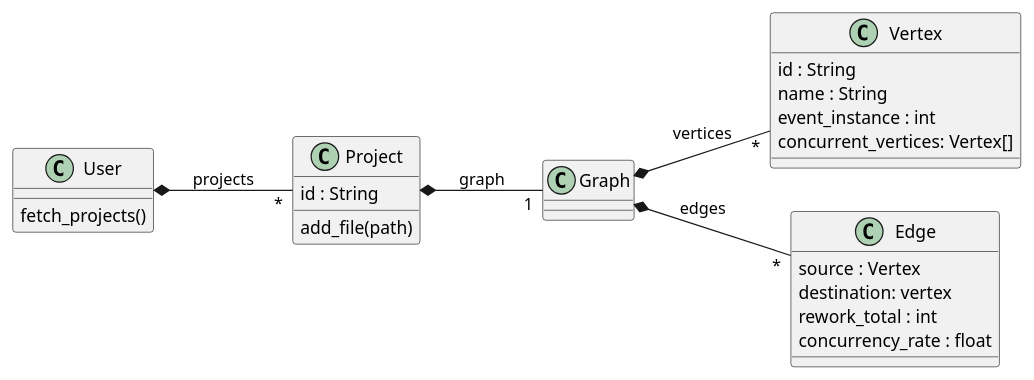
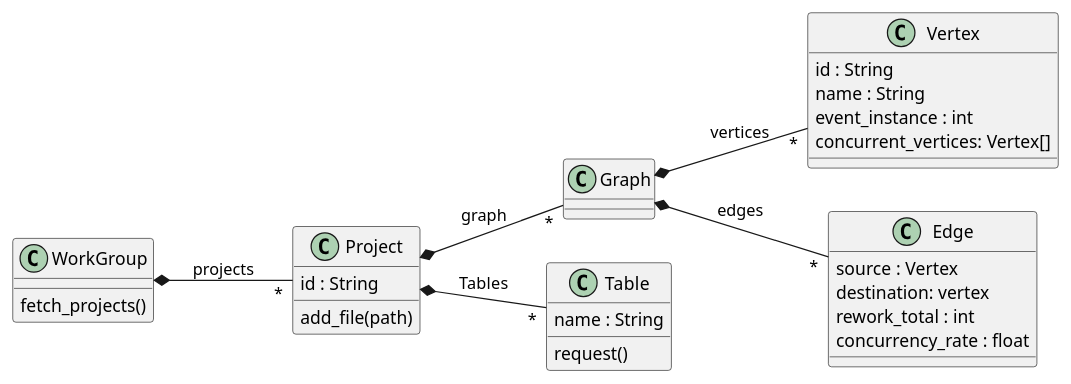
One commit to igrafx/mining-python-sdk changed the diagram in diagrams/schema_api_publique.md. Above: the diagram before and after it, drawn with PlantUML. The commit also changed 1 other file, not shown here.

Commit message:
docs(schema): user to workgroup, and added tables

````diff
--- a/diagrams/schema_api_publique.md
+++ b/diagrams/schema_api_publique.md
@@ -1,35 +1,41 @@
 ```puml
 @startuml
 left to right direction
 
 class Graph{}
 
 class Vertex{
     id : String
     name : String
     event_instance : int
     concurrent_vertices: Vertex[]
 }
 class Edge{
     source : Vertex
     destination: vertex
     rework_total : int
     concurrency_rate : float
 }
 
-class User{
+class WorkGroup{
     fetch_projects()
 }
 
 class Project{
     id : String
     add_file(path)
 }
 
-Project *-- "1" Graph : graph
+class Table{
+    name : String
+    request()
+}
+
+Project *-- "*" Graph : graph
+Project *-- "*" Table : Tables
 Graph *-- "*" Vertex : vertices
 Graph *-- "*" Edge : edges
-User *-- "*" Project : projects
+WorkGroup *-- "*" Project : projects
 
 @enduml
 ```
````
